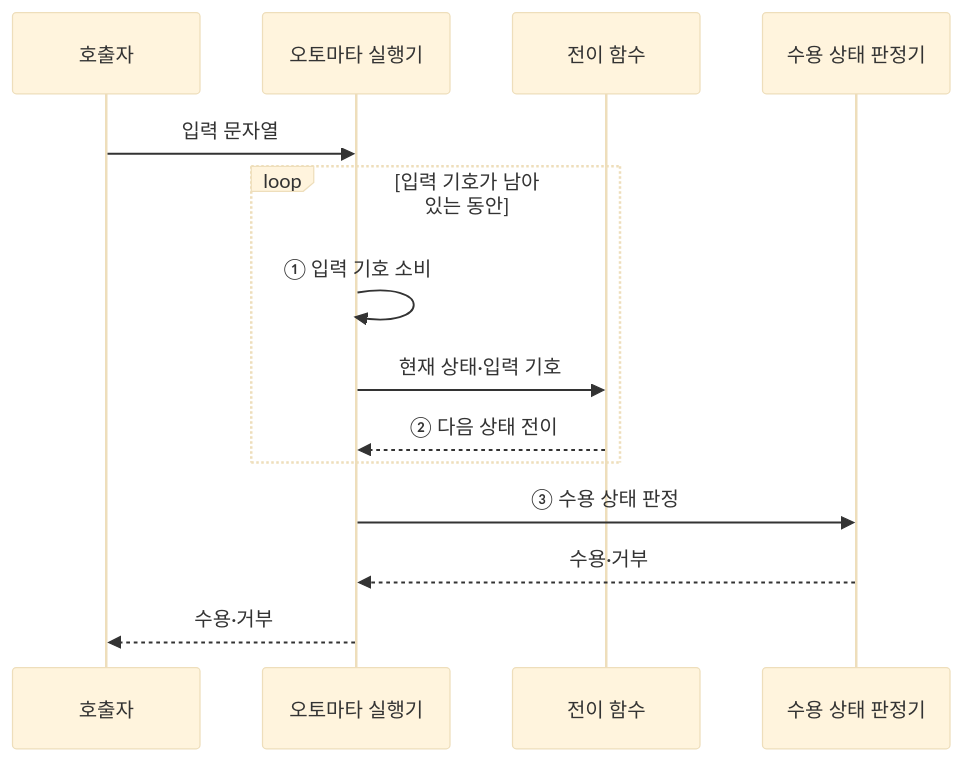
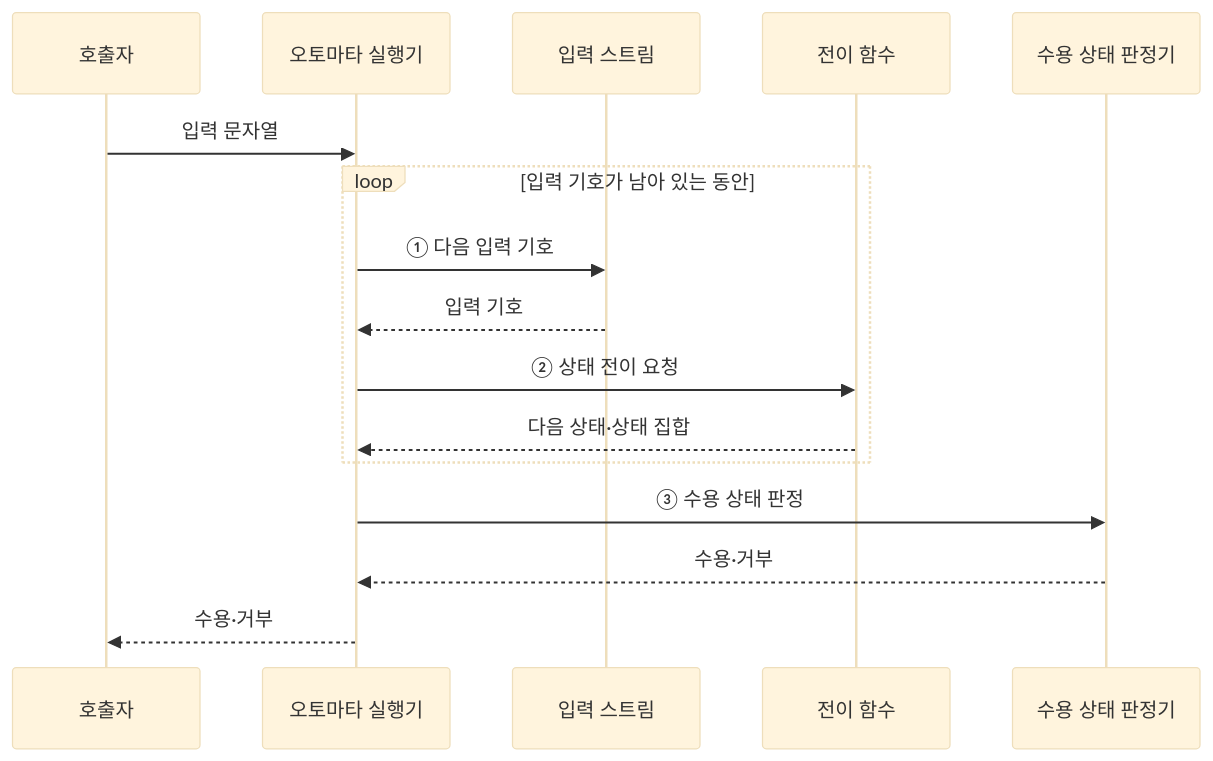
One commit to agnusdei1207/knowledge-base changed the third of 3 diagrams in src/content/docs/notes/01-basic-theory/020_automata_theory.md. Above: the diagram before and after it, drawn with Mermaid (base theme). The commit also changed other lines of this file and 13 other files, not shown here.

````diff
--- a/src/content/docs/notes/01-basic-theory/020_automata_theory.md
+++ b/src/content/docs/notes/01-basic-theory/020_automata_theory.md
@@ -98,16 +102,18 @@
 ```mermaid
 sequenceDiagram
     participant C as 호출자
     participant A as 오토마타 실행기
+    participant I as 입력 스트림
     participant D as 전이 함수
     participant F as 수용 상태 판정기
     C->>A: 입력 문자열
     loop 입력 기호가 남아 있는 동안
-        A->>A: ① 입력 기호 소비
-        A->>D: 현재 상태·입력 기호
-        D-->>A: ② 다음 상태 전이
+        A->>I: ① 다음 입력 기호
+        I-->>A: 입력 기호
+        A->>D: ② 상태 전이 요청
+        D-->>A: 다음 상태·상태 집합
     end
     A->>F: ③ 수용 상태 판정
     F-->>A: 수용·거부
     A-->>C: 수용·거부
 ```
````
